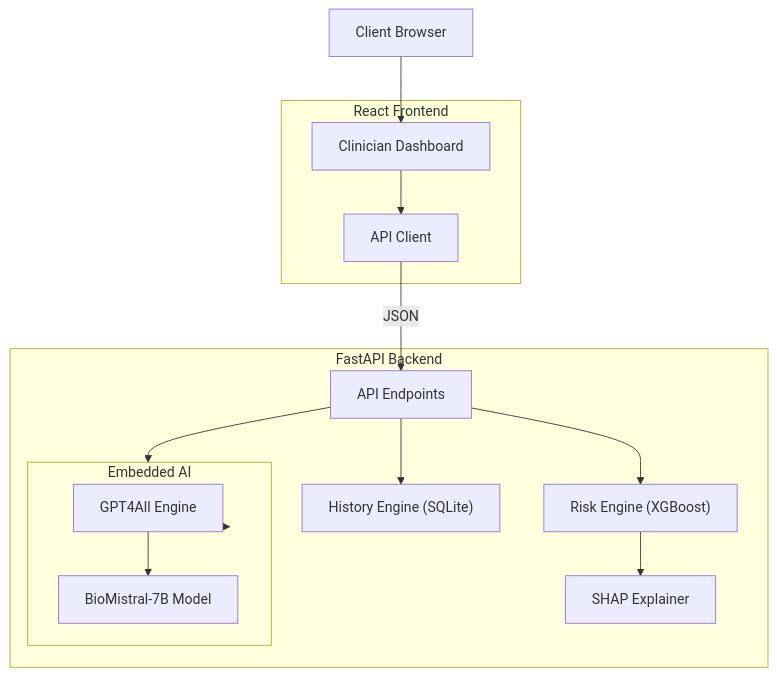
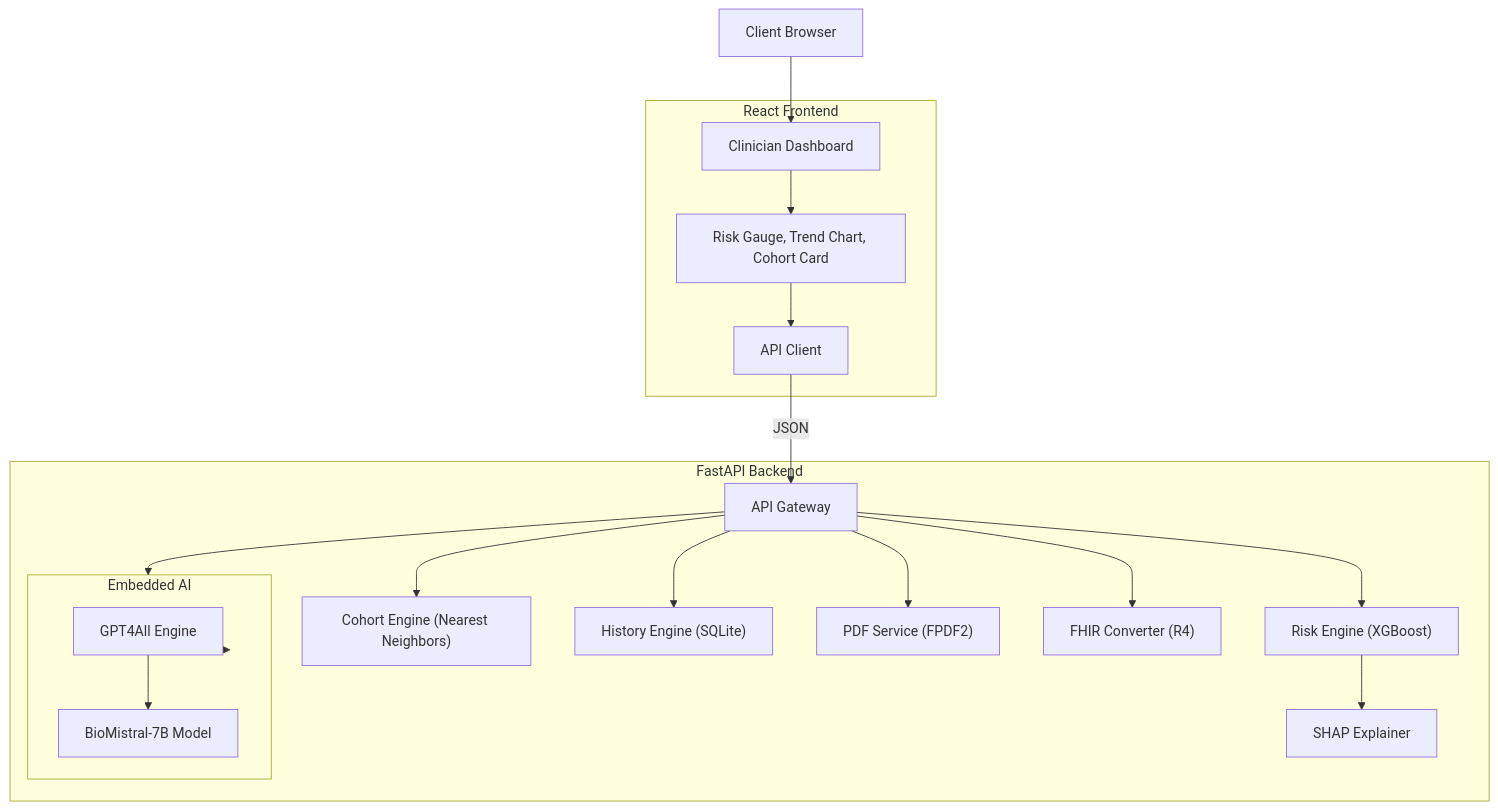
One commit to archittmittal/clinical-risk-predictor changed the first of 3 diagrams in README.md. Above: the diagram before and after it, drawn with Mermaid. The commit also changed 26 other files, not shown here.

Commit message:
feat: Overhaul frontend with professional Clinical SaaS UI and fix backend risk engine initialization

````diff
--- a/README.md
+++ b/README.md
@@ -83,28 +83,36 @@
 ```mermaid
 graph TD
     Client[Client Browser]
     subgraph Frontend [React Frontend]
         UI[Clinician Dashboard]
+        Components[Risk Gauge, Trend Chart, Cohort Card]
         API_Client[API Client]
     end
     subgraph Backend [FastAPI Backend]
-        API[API Endpoints]
+        API[API Gateway]
         RiskEng["Risk Engine (XGBoost)"]
+        CohortEng["Cohort Engine (Nearest Neighbors)"]
         SHAP["SHAP Explainer"]
         subgraph EmbeddedAI [Embedded AI]
            GPT4All["GPT4All Engine"]
            BioMistral["BioMistral-7B Model"]
         end
         History["History Engine (SQLite)"]
+        PDF["PDF Service (FPDF2)"]
+        FHIR["FHIR Converter (R4)"]
     end
     
     Client --> UI
-    UI --> API_Client
+    UI --> Components
+    Components --> API_Client
     API_Client -->|JSON| API
     API --> RiskEng
     RiskEng --> SHAP
+    API --> CohortEng
     API --> EmbeddedAI
     EmbeddedAI --> GPT4All
     GPT4All --> BioMistral
     API --> History
+    API --> PDF
+    API --> FHIR
 ```
````
